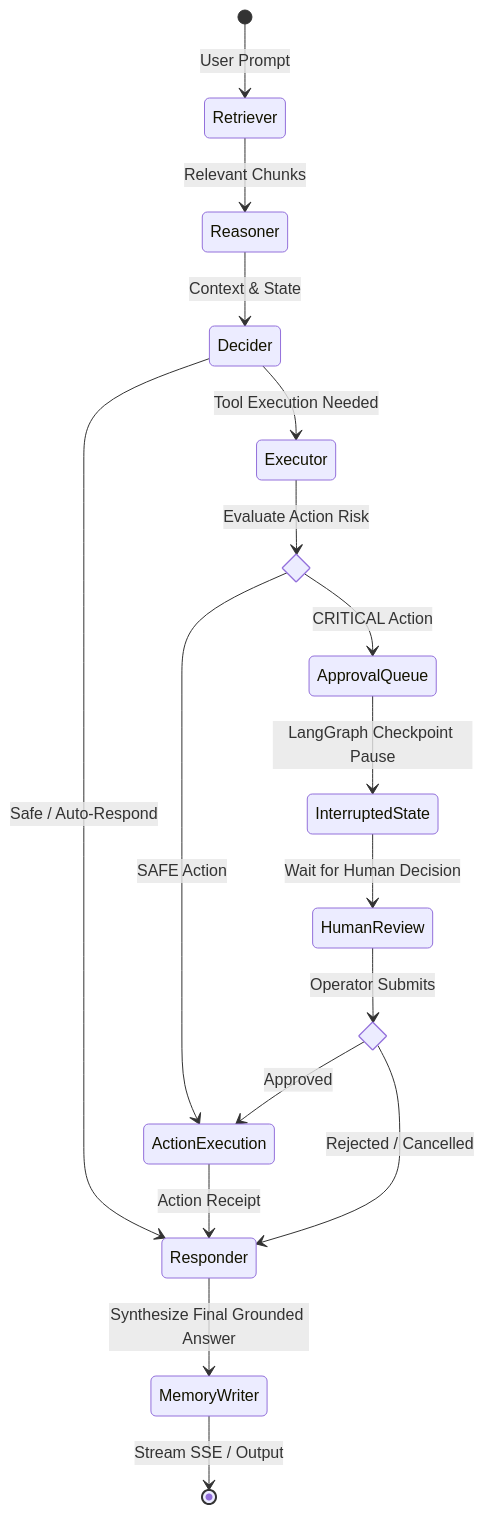
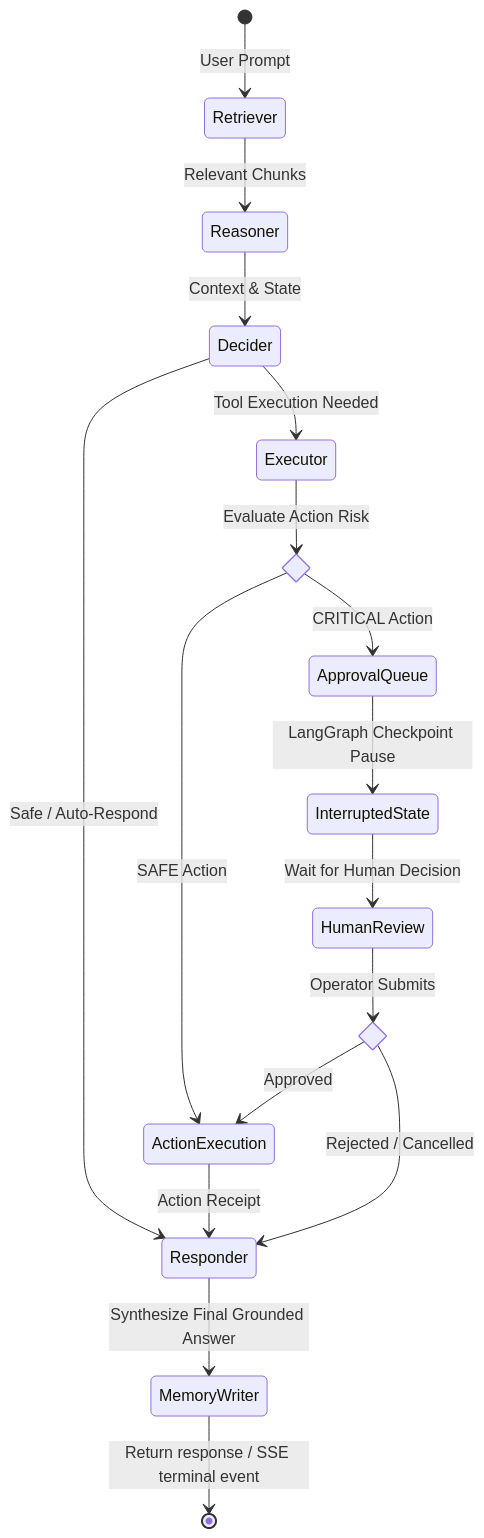
One commit to JavithNaseem-J/KRAKEN changed the second of 2 diagrams in README.md. Above: the diagram before and after it, drawn with Mermaid. The commit also changed other lines of this file and 3 other files, not shown here.

````diff
--- a/README.md
+++ b/README.md
@@ -51,28 +51,28 @@
 ```mermaid
 stateDiagram-v2
     [*] --> Retriever: User Prompt
     Retriever --> Reasoner: Relevant Chunks
     Reasoner --> Decider: Context & State
 
     state Decider <<choice>>
     Decider --> Responder: Safe / Auto-Respond
     Decider --> Executor: Tool Execution Needed
 
     state RiskCheck <<choice>>
     Executor --> RiskCheck: Evaluate Action Risk
 
     RiskCheck --> ActionExecution: SAFE Action
     RiskCheck --> ApprovalQueue: CRITICAL Action
 
     ApprovalQueue --> InterruptedState: LangGraph Checkpoint Pause
     InterruptedState --> HumanReview: Wait for Human Decision
 
     state Decision <<choice>>
     HumanReview --> Decision: Operator Submits
     Decision --> ActionExecution: Approved
     Decision --> Responder: Rejected / Cancelled
 
     ActionExecution --> Responder: Action Receipt
     Responder --> MemoryWriter: Synthesize Final Grounded Answer
-    MemoryWriter --> [*]: Stream SSE / Output
+    MemoryWriter --> [*]: Return response / SSE terminal event
 ```
````
